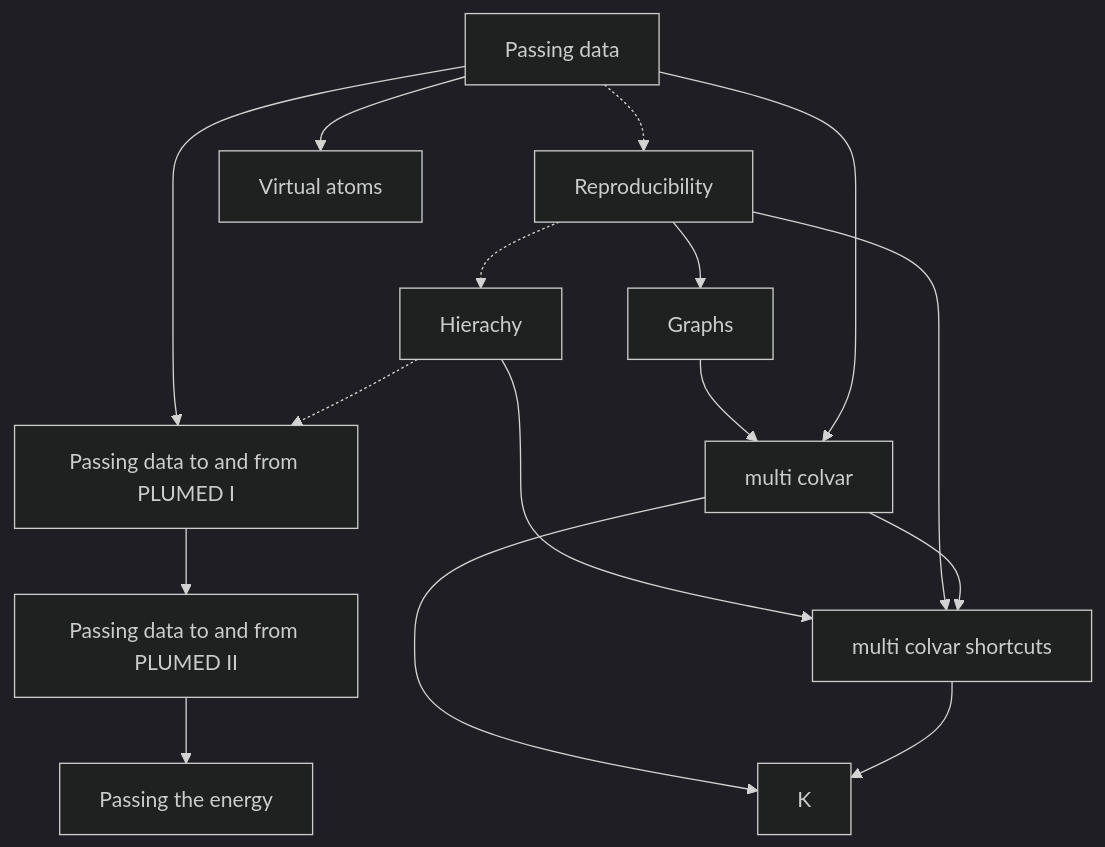
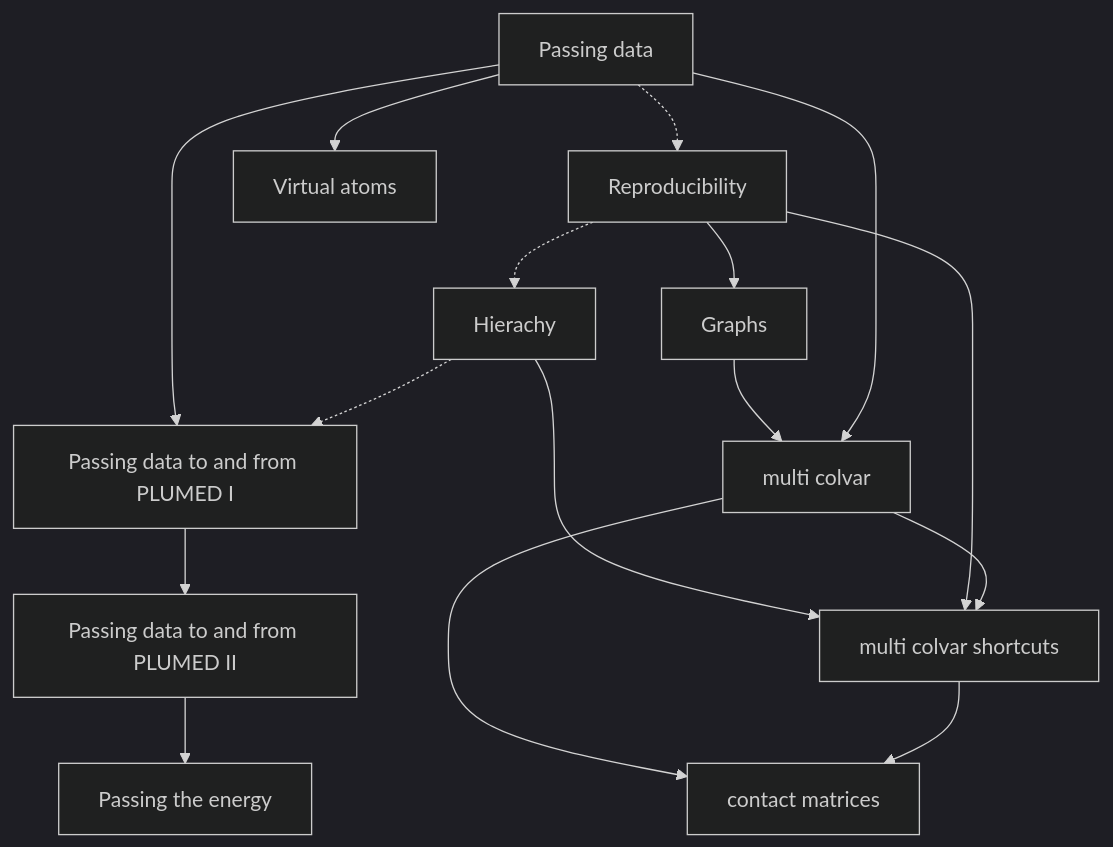
Before and after one commit to gtribello/plumed-thoughts: the diagram in NAVIGATION.md, drawn with Mermaid (dark theme). The commit also changed 1 other file, not shown here.

Commit message:
Fixed graphs on contact matrix page hopefully

````diff
--- a/NAVIGATION.md
+++ b/NAVIGATION.md
@@ -21,29 +21,29 @@
 ```mermaid
 flowchart TB;
   A[Passing data] -.-> B[Reproducibility];
   B -.-> C[Hierachy];
   C -.-> D[Passing data to and from PLUMED I];
   D --> E[Passing data to and from PLUMED II];
   A --> D;
   E --> F[Passing the energy];
   A --> G[Virtual atoms]
   B --> H[Graphs]
   A --> I[multi colvar]
   H --> I
   I --> J[multi colvar shortcuts]
   B --> J
   C --> J
-  J --> K
+  J --> K[contact matrices]
   I --> K
   click A "Passing.md" "8th May 2023: General thoughts about how data is passed between PLUMED actions";
   click B "Reproducibility.md" "8th May 2023: General thoughts about why we want to do calculations that are reproducibile";
   click C "Community.md" "8th May 2023: General thoughts about how we support communities of scholars"
   click D "MDInterfaceI.md" "8th May 2023: A description of how data is passed to and from PLUMED"
   click E "MDInterfaceII.md" "21st May 2023: A description of how atomic properties are passed to and from PLUMED"
   click F "PassingEnergy.md" "21st May 2023: A description of how potential energy is passed to PLUMED"
   click G "VirtualAtoms.md" "22nd May 2023: A description of how virtual atom positions are passed between Actions in PLUMED"
   click H "Graphs.md" "1st June 2023: A description of the way we can use graphs to illustrate PLUMED input files"
   click I "MultiColvar.md" "1st June 2023: An explaination of how multicolvar is implemented"
   click J "MultiColvarShortcut.md" "9th June 2023: An explanation of how backwards compatibility for MultiColvar has been ensured and an introduction to ActionShortcut"
   click K "contactMatrix.md" "12th June 2023: An explanation of how coordination numbers and contact maps can be used to construct CVs"
 ```
````
